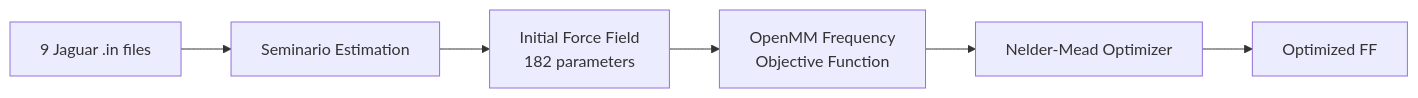
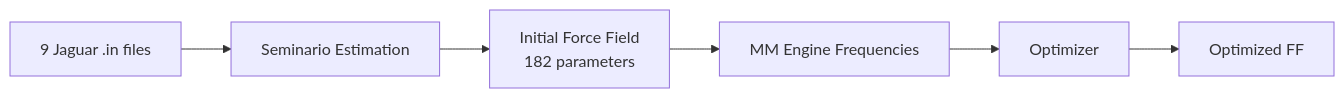
The diagram in docs/benchmarks/rh-enamide.md (ericchansen/q2mm), drawn with Mermaid before and after one commit. The commit also changed other lines of this file and 14 other files, not shown here.

````diff
--- a/docs/benchmarks/rh-enamide.md
+++ b/docs/benchmarks/rh-enamide.md
@@ -34,8 +38,8 @@
 ```mermaid
 graph LR
     A[9 Jaguar .in files] --> B[Seminario Estimation]
     B --> C[Initial Force Field<br/>182 parameters]
-    C --> D[OpenMM Frequency<br/>Objective Function]
-    D --> E[Nelder-Mead Optimizer]
+    C --> D[MM Engine Frequencies]
+    D --> E[Optimizer]
     E --> F[Optimized FF]
 ```
````
